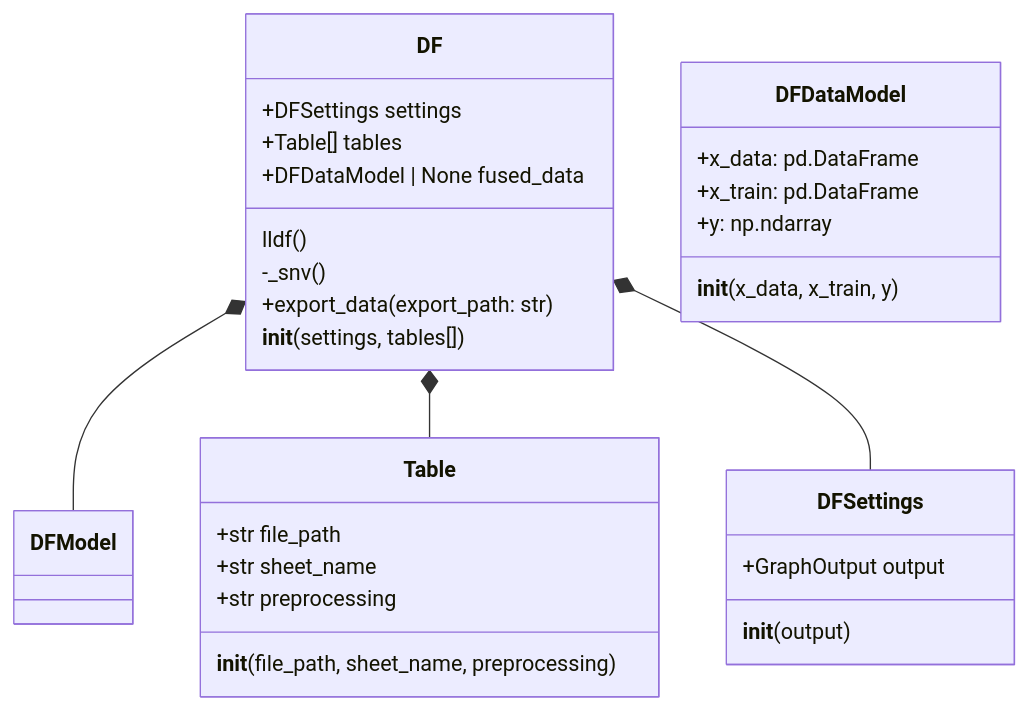
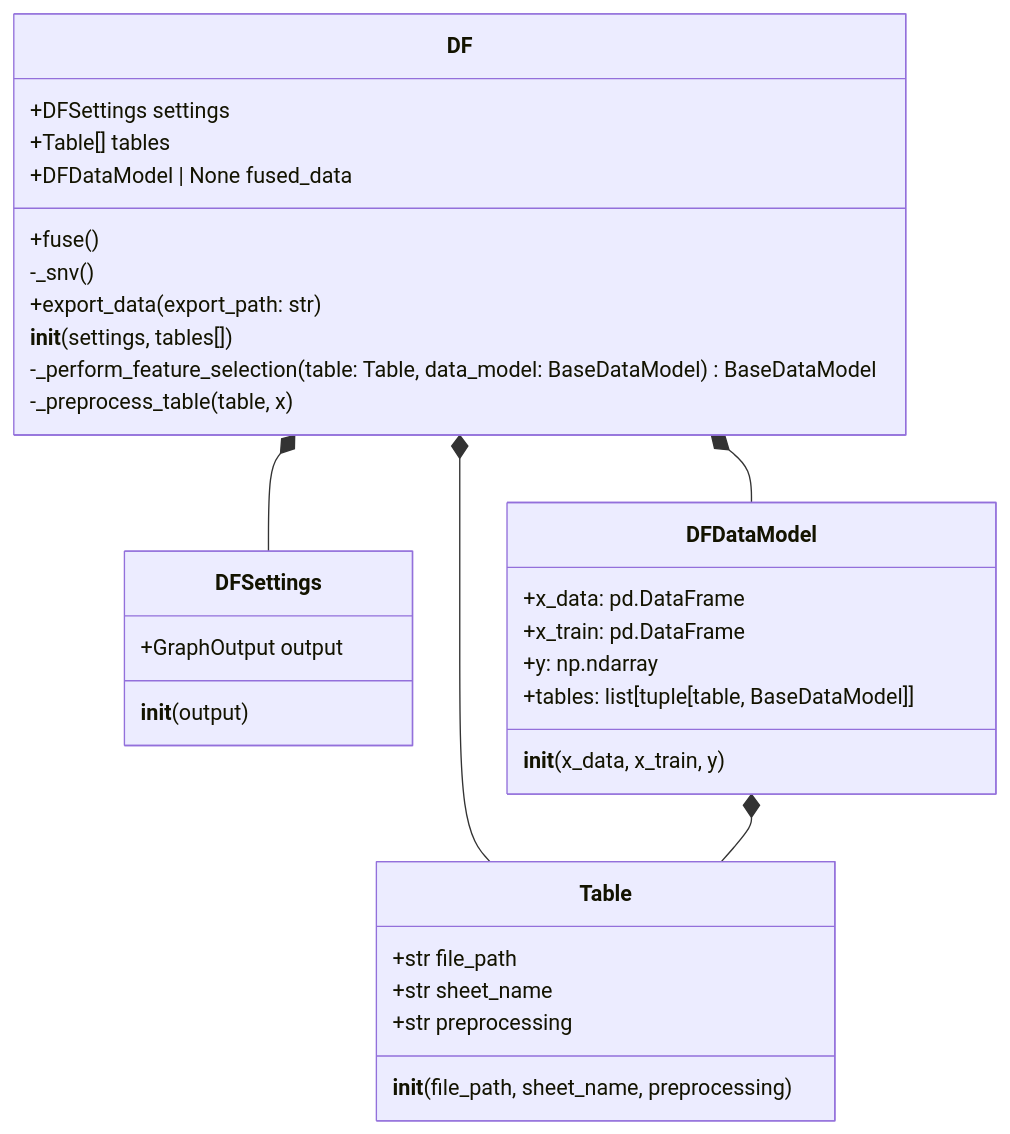
The diagram in docs/docs/df/index.mdx (f-aguzzi/ChemFuseKit), drawn with Mermaid before and after one commit. The commit also changed other lines of this file and 5 other files, not shown here.

````diff
--- a/docs/docs/df/index.mdx
+++ b/docs/docs/df/index.mdx
@@ -13,35 +13,39 @@
 ```mermaid
 classDiagram
     class Table {
         +str file_path
         +str sheet_name
         +str preprocessing
         __init__(file_path, sheet_name, preprocessing)
     }
 
     class DFSettings {
         +GraphOutput output
         __init__(output)
     }
 
     class DF {
         +DFSettings settings
         +Table[] tables
         +DFDataModel | None fused_data
-        lldf()
+        +fuse()
         -_snv()
         +export_data(export_path: str)
         __init__(settings, tables[])
+        -_perform_feature_selection(table: Table, data_model: BaseDataModel) BaseDataModel
+        -_preprocess_table(table, x)
     }
 
     class DFDataModel {
         +x_data: pd.DataFrame
         +x_train: pd.DataFrame
         +y: np.ndarray
+        +tables: list[tuple[table, BaseDataModel]]
         __init__(x_data, x_train, y)
     }
 
-    DF *-- DFModel
+    DF *-- DFDataModel
     DF *-- Table
     DF *-- DFSettings
+    DFDataModel *-- Table
 ```
````
